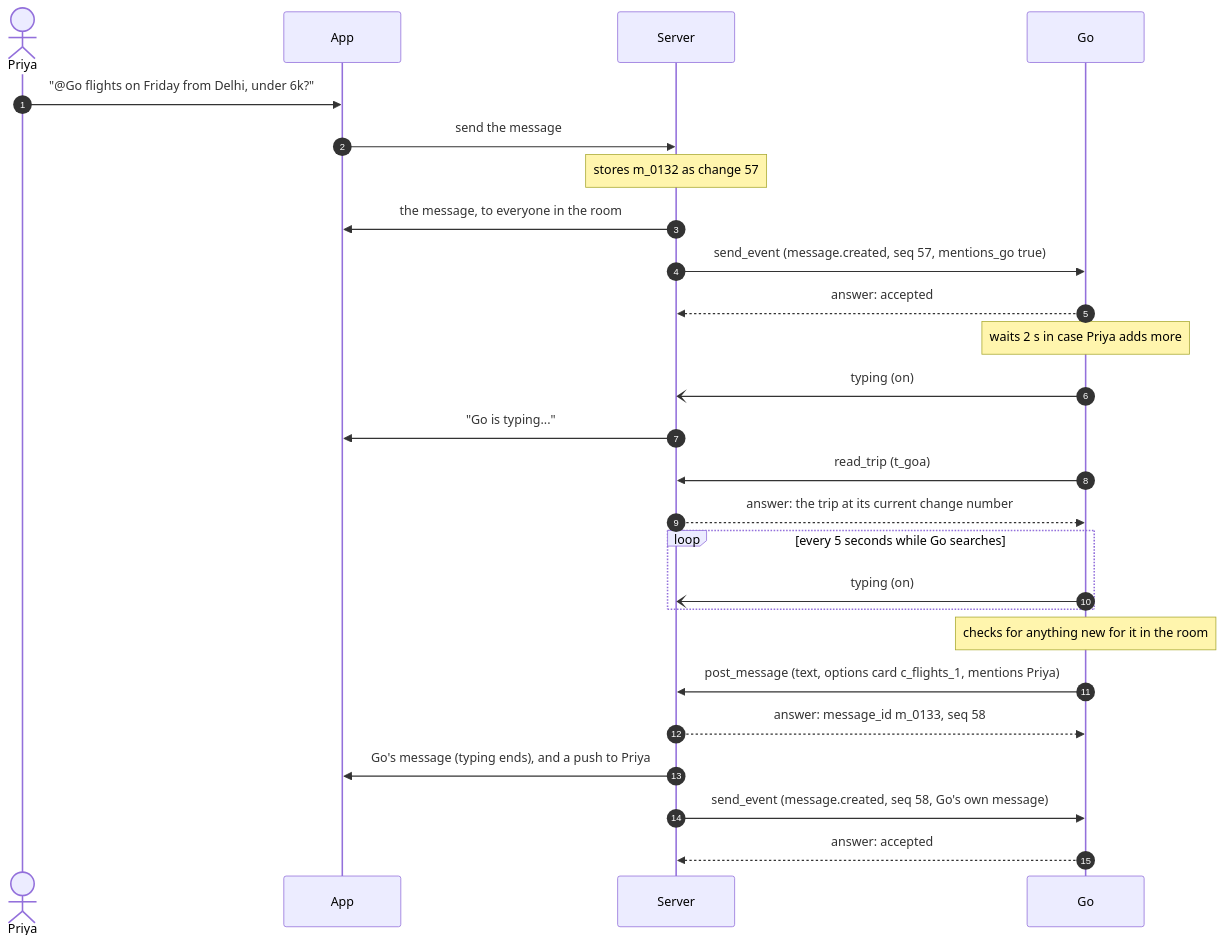
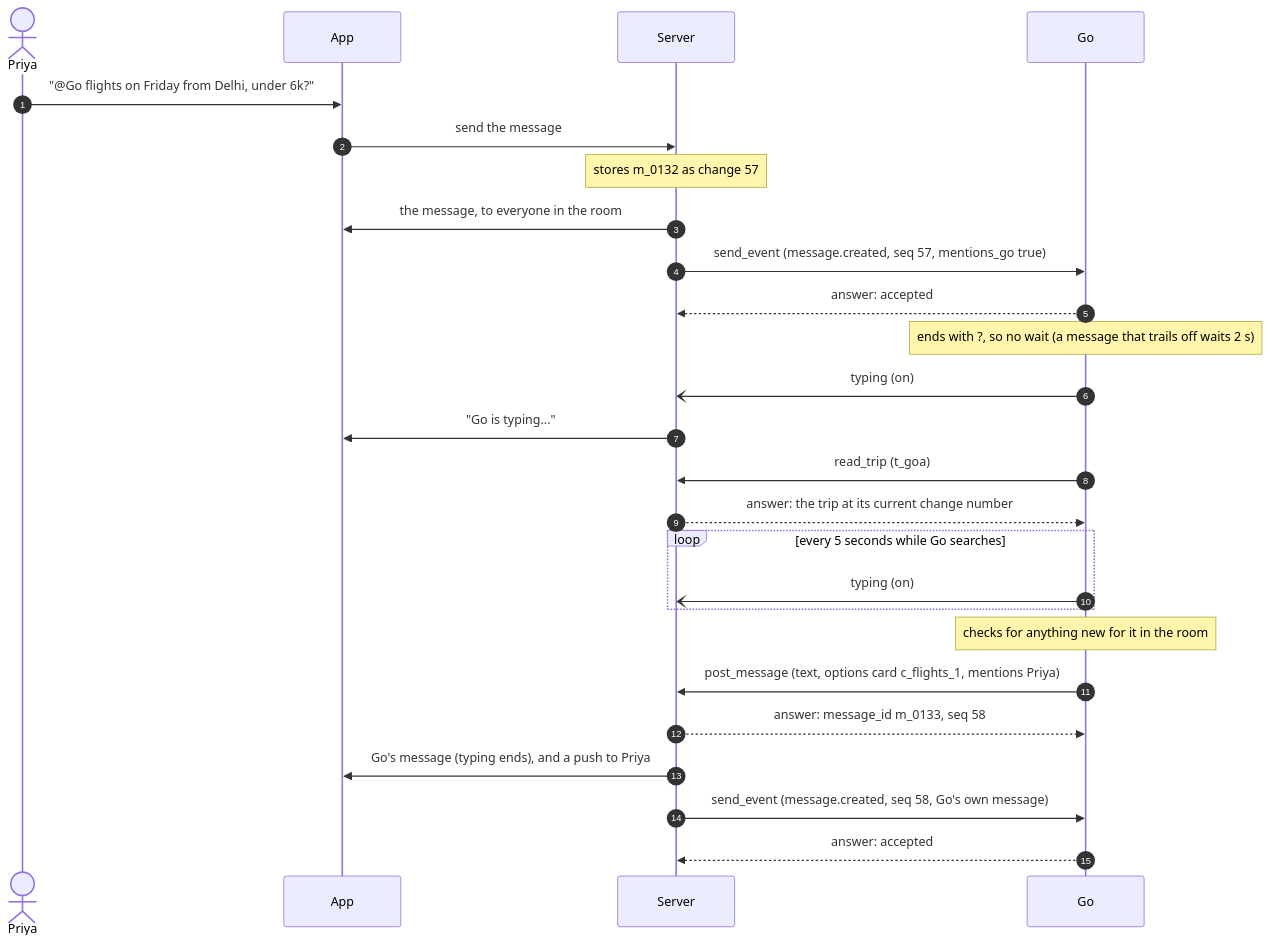
Before and after one commit to vestra-ai/go-brain: the first of 8 diagrams in docs/guide/09-flows.md, drawn with Mermaid. The commit also changed other lines of this file and 12 other files, not shown here.

First line of the commit message:
feat(intake): a message to Go that plainly ends a thought skips the 2 s wait

````diff
--- a/docs/guide/09-flows.md
+++ b/docs/guide/09-flows.md
@@ -15,28 +15,28 @@
 ```mermaid
 sequenceDiagram
   autonumber
   actor Priya
   participant app as App
   participant server as Server
   participant go as Go
   Priya->>app: "@Go flights on Friday from Delhi, under 6k?"
   app->>server: send the message
   Note over server: stores m_0132 as change 57
   server->>app: the message, to everyone in the room
   server->>go: send_event (message.created, seq 57, mentions_go true)
   go-->>server: answer: accepted
-  Note over go: waits 2 s in case Priya adds more
+  Note over go: ends with ?, so no wait (a message that trails off waits 2 s)
   go-)server: typing (on)
   server->>app: "Go is typing..."
   go->>server: read_trip (t_goa)
   server-->>go: answer: the trip at its current change number
   loop every 5 seconds while Go searches
     go-)server: typing (on)
   end
   Note over go: checks for anything new for it in the room
   go->>server: post_message (text, options card c_flights_1, mentions Priya)
   server-->>go: answer: message_id m_0133, seq 58
   server->>app: Go's message (typing ends), and a push to Priya
   server->>go: send_event (message.created, seq 58, Go's own message)
   go-->>server: answer: accepted
 ```
````
